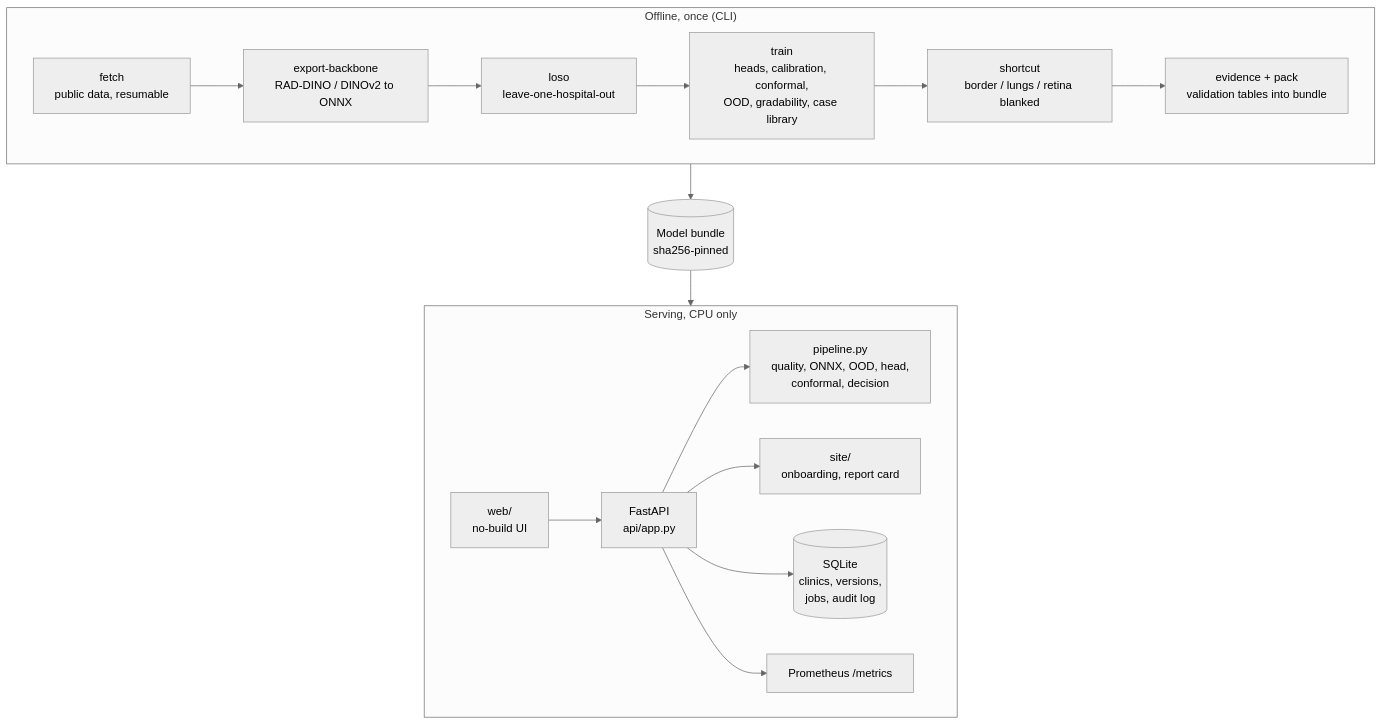
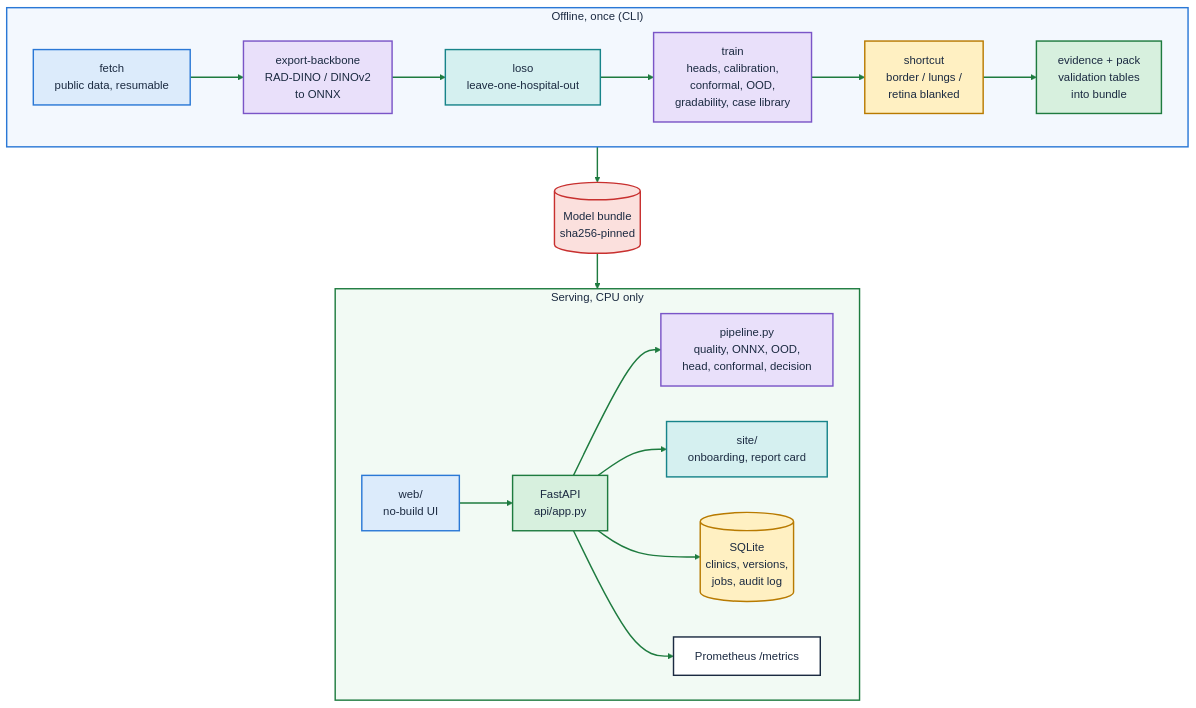
One commit to hrdk6/Neural-Storm-Hackathon changed the seventh of 8 diagrams in README.md. Above: the diagram before and after it, drawn with Mermaid (neutral theme). The commit also changed other lines of this file, not shown here.

````diff
--- a/README.md
+++ b/README.md
@@ -325,21 +378,31 @@
 ```mermaid
 flowchart TB
+    classDef data fill:#DCEBFB,stroke:#2A78D6,stroke-width:2px,color:#1B2A41
+    classDef model fill:#E9E0FA,stroke:#7A55C7,stroke-width:2px,color:#1B2A41
+    classDef good fill:#D7F0DE,stroke:#1E7B3F,stroke-width:2px,color:#1B2A41
+    classDef warn fill:#FFF0C2,stroke:#B87A00,stroke-width:2px,color:#1B2A41
+    classDef bad fill:#FBE0DD,stroke:#C8302F,stroke-width:2px,color:#1B2A41
+    classDef info fill:#D5F0F0,stroke:#17848A,stroke-width:2px,color:#1B2A41
+    classDef gate fill:#FFFFFF,stroke:#1B2A41,stroke-width:2px,color:#1B2A41
     subgraph Offline["Offline, once (CLI)"]
         direction LR
-        f["fetch<br/>public data, resumable"] --> ex["export-backbone<br/>RAD-DINO / DINOv2 to ONNX"]
-        ex --> lo["loso<br/>leave-one-hospital-out"]
-        lo --> tr["train<br/>heads, calibration, conformal,<br/>OOD, gradability, case library"]
-        tr --> sc["shortcut<br/>border / lungs / retina blanked"]
-        sc --> ev["evidence + pack<br/>validation tables into bundle"]
+        f["fetch<br/>public data, resumable"]:::data --> ex["export-backbone<br/>RAD-DINO / DINOv2<br/>to ONNX"]:::model
+        ex --> lo["loso<br/>leave-one-hospital-out"]:::info
+        lo --> tr["train<br/>heads, calibration,<br/>conformal, OOD,<br/>gradability, case library"]:::model
+        tr --> sc["shortcut<br/>border / lungs /<br/>retina blanked"]:::warn
+        sc --> ev["evidence + pack<br/>validation tables<br/>into bundle"]:::good
     end
-    ev --> BND[("Model bundle<br/>sha256-pinned")]
+    style Offline fill:#F3F8FE,stroke:#2A78D6,stroke-width:2px,color:#1B2A41
+    ev --> BND[("Model bundle<br/>sha256-pinned")]:::bad
     subgraph Serve["Serving, CPU only"]
         direction LR
-        WEB["web/<br/>no-build UI"] --> API["FastAPI<br/>api/app.py"]
-        API --> PIPE["pipeline.py<br/>quality, ONNX, OOD, head,<br/>conformal, decision"]
-        API --> SITE["site/<br/>onboarding, report card"]
-        API --> STORE[("SQLite<br/>clinics, versions,<br/>jobs, audit log")]
-        API --> MET["Prometheus /metrics"]
+        WEB["web/<br/>no-build UI"]:::data --> API["FastAPI<br/>api/app.py"]:::good
+        API --> PIPE["pipeline.py<br/>quality, ONNX, OOD,<br/>head, conformal, decision"]:::model
+        API --> SITE["site/<br/>onboarding, report card"]:::info
+        API --> STORE[("SQLite<br/>clinics, versions,<br/>jobs, audit log")]:::warn
+        API --> MET["Prometheus /metrics"]:::gate
     end
+    style Serve fill:#F2FAF4,stroke:#1E7B3F,stroke-width:2px,color:#1B2A41
     BND --> PIPE
+    linkStyle default stroke:#1E7B3F,stroke-width:2px
 ```
````
